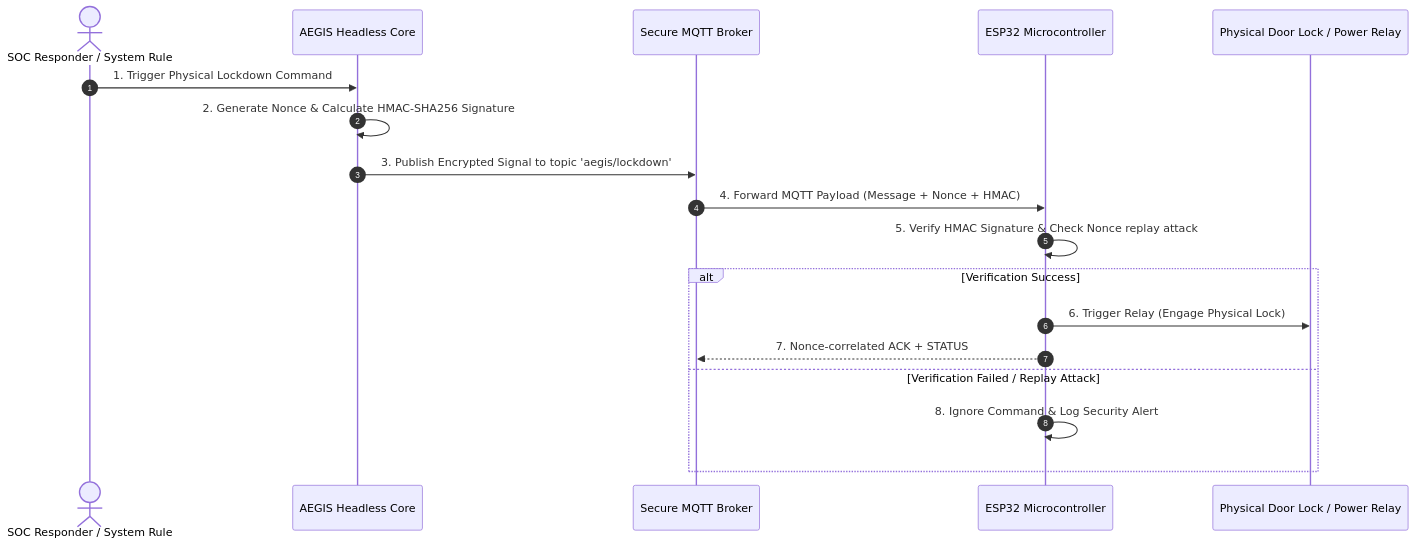
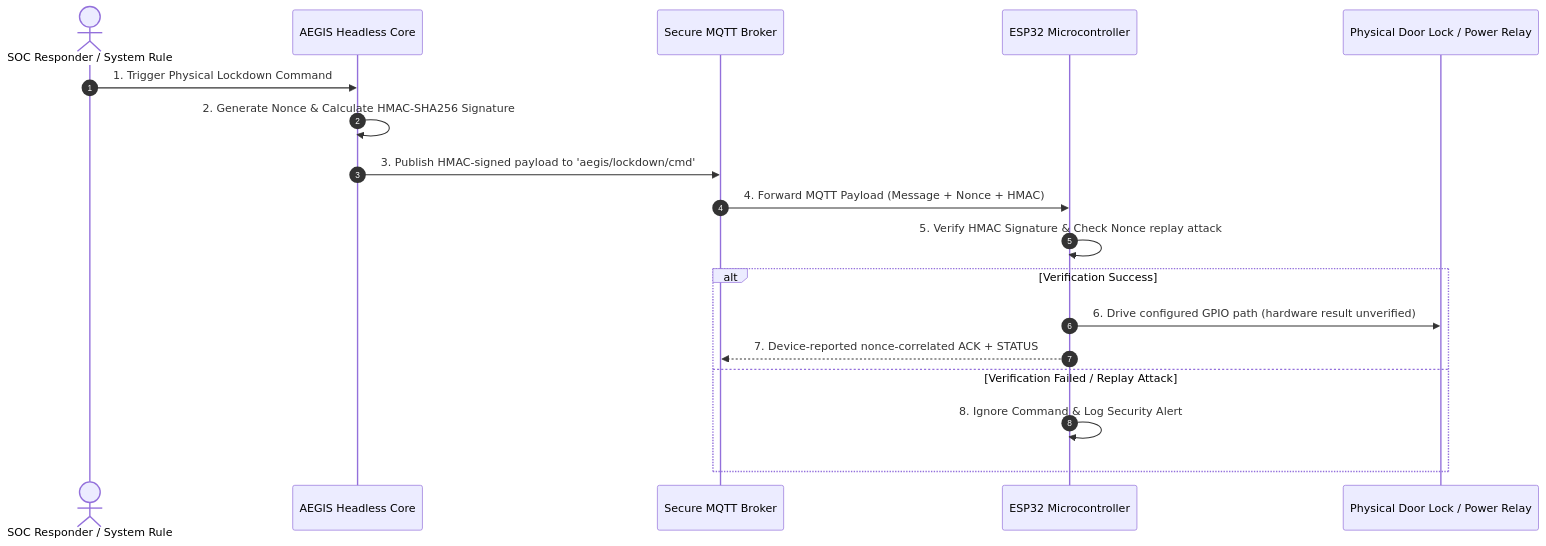
The diagram in Obsidian_AEGIS_Vault/AEGIS_Knowledge/idea3/idea3-status.md (kraveerachat/Project-End-The-AEGIS), drawn with Mermaid before and after one commit. The commit also changed other lines of this file and 5 other files, not shown here.

````diff
--- a/Obsidian_AEGIS_Vault/AEGIS_Knowledge/idea3/idea3-status.md
+++ b/Obsidian_AEGIS_Vault/AEGIS_Knowledge/idea3/idea3-status.md
@@ -23,21 +23,21 @@
 ```mermaid
 sequenceDiagram
     autonumber
     actor SOC as SOC Responder / System Rule
     participant Backend as AEGIS Headless Core
     participant Broker as Secure MQTT Broker
     participant ESP32 as ESP32 Microcontroller
     participant Relay as Physical Door Lock / Power Relay
 
     SOC->>Backend: 1. Trigger Physical Lockdown Command
     Backend->>Backend: 2. Generate Nonce & Calculate HMAC-SHA256 Signature
-    Backend->>Broker: 3. Publish Encrypted Signal to topic 'aegis/lockdown'
+    Backend->>Broker: 3. Publish HMAC-signed payload to 'aegis/lockdown/cmd'
     Broker->>ESP32: 4. Forward MQTT Payload (Message + Nonce + HMAC)
     ESP32->>ESP32: 5. Verify HMAC Signature & Check Nonce replay attack
     alt Verification Success
-        ESP32->>Relay: 6. Trigger Relay (Engage Physical Lock)
-        ESP32-->>Broker: 7. Nonce-correlated ACK + STATUS
+        ESP32->>Relay: 6. Drive configured GPIO path (hardware result unverified)
+        ESP32-->>Broker: 7. Device-reported nonce-correlated ACK + STATUS
     else Verification Failed / Replay Attack
         ESP32->>ESP32: 8. Ignore Command & Log Security Alert
     end
 ```
````
